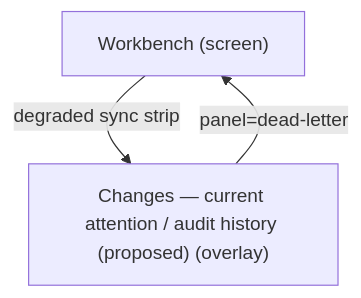
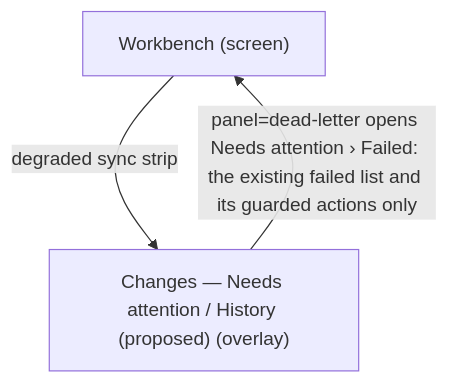
One commit to darce/context-alt-text-monorepo changed the third of 9 diagrams in apps/prototype-wp-alt-context/docs/ux-maps/workbench-operator-loop.md. Above: the diagram before and after it, drawn with Mermaid. The commit also changed other lines of this file and 6 other files, not shown here.

First line of the commit message:
feature-uxrec-1-map2-00d7a42e: align UXREC-1 maps to shared TIMELINE/GPU/IDENTITY contract

````diff
--- a/apps/prototype-wp-alt-context/docs/ux-maps/workbench-operator-loop.md
+++ b/apps/prototype-wp-alt-context/docs/ux-maps/workbench-operator-loop.md
@@ -496,9 +535,9 @@
 ```mermaid
 flowchart TD
   %% flow: Sync failure → dead letter → retry/discard job=job-recover-sync
-  %% steps: [{"screen_id":"workbench-shell","branch_label":"degraded sync strip"},{"screen_id":"workbench-dead-letter","branch_label":"panel=dead-letter"},{"screen_id":"workbench-shell","branch_label":"retry or discard complete"}]
+  %% steps: [{"screen_id":"workbench-shell","branch_label":"degraded sync strip"},{"screen_id":"workbench-dead-letter","branch_label":"panel=dead-letter opens Needs attention › Failed: the existing failed list and its guarded actions only"},{"screen_id":"workbench-shell","branch_label":"retry queued or discard complete; the failed list re-reads its server total"}]
   n_workbench_shell["Workbench (screen)"]
-  n_workbench_dead_letter["Changes — current attention / audit history (proposed) (overlay)"]
+  n_workbench_dead_letter["Changes — Needs attention / History (proposed) (overlay)"]
   n_workbench_shell -->|degraded sync strip| n_workbench_dead_letter
-  n_workbench_dead_letter -->|panel=dead-letter| n_workbench_shell
+  n_workbench_dead_letter -->|panel=dead-letter opens Needs attention › Failed: the existing failed list and its guarded actions only| n_workbench_shell
 ```
````
